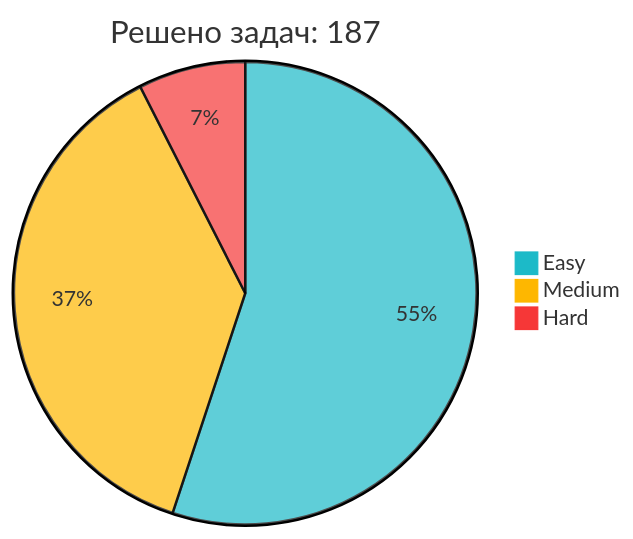
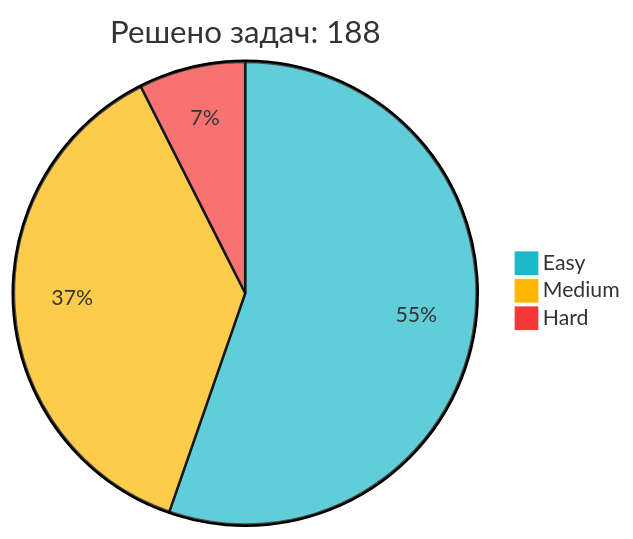
The diagram in README.md (IliaKurdukov/IliaKurdukov), drawn with Mermaid before and after one commit. The commit also changed other lines of this file, not shown here.

Commit message:
📈 Обновление статистики LeetCode

````diff
--- a/README.md
+++ b/README.md
@@ -51,7 +51,7 @@
 ```mermaid
 %%{init: {'theme': 'base', 'themeVariables': { 'pie1': '#1CBAC8', 'pie2': '#FEB700', 'pie3': '#F63737' }, 'config': {'width': 300, 'height': 200}}}%%
-pie title Решено задач: 187
-   "Easy" : 103
+pie title Решено задач: 188
+   "Easy" : 104
    "Medium" : 70
    "Hard" : 14
 ```
````
